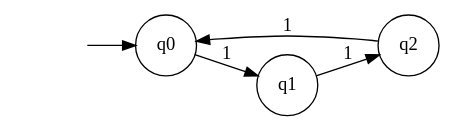
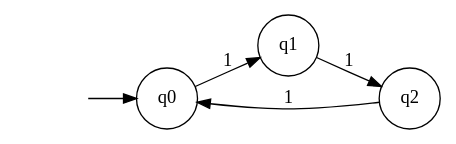
The diagram in Semáforo.gv (CRincon115/AutomatasFinal), drawn with Graphviz before and after one commit. The commit also changed other lines of this file and 21 other files, not shown here.

```diff
--- a/Semáforo.gv
+++ b/Semáforo.gv
@@ -1,11 +1,11 @@
 digraph "Semáforo" {
 	graph [rankdir=LR]
 	"" [label="" shape=plaintext]
-	q2 [label=q2 shape=circle]
 	q1 [label=q1 shape=circle]
 	q0 [label=q0 shape=circle]
+	q2 [label=q2 shape=circle]
 	"" -> q0 [label=""]
 	q0 -> q1 [label=1]
 	q1 -> q2 [label=1]
 	q2 -> q0 [label=1]
 }
```
